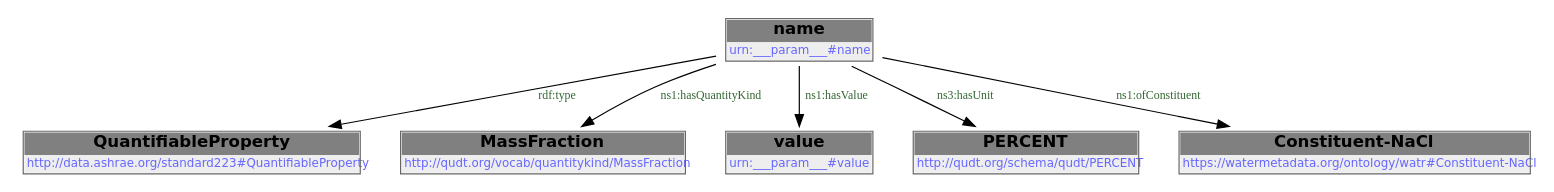
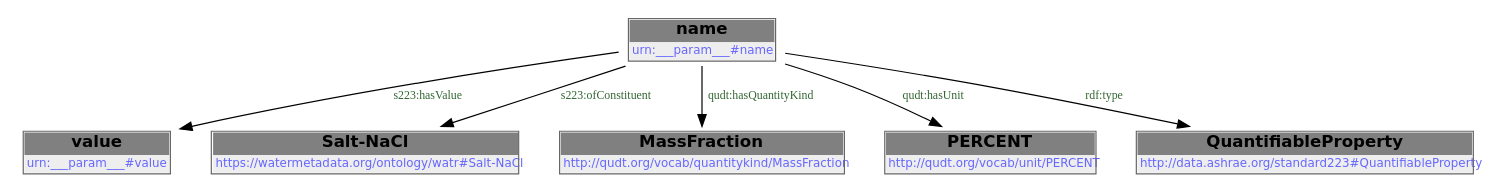
Before and after one commit to DataDrivenCPS/water-ontology: the diagram in docs/libraries/templates/constituent-salt.rst, drawn with Graphviz. The commit also changed other lines of this file and 83 other files, not shown here.

```diff
--- a/docs/libraries/templates/constituent-salt.rst
+++ b/docs/libraries/templates/constituent-salt.rst
@@ -64,16 +60,22 @@
-        .. graphviz::
+.. graphviz::
 
-                digraph G {
-            node [fontname="DejaVu Sans"];
-            node0 -> node1 [color=BLACK, label=< <font point-size='10' color='#336633'>rdf:type</font> >];
-            node0 -> node2 [color=BLACK, label=< <font point-size='10' color='#336633'>ns1:hasQuantityKind</font> >];
-            node0 -> node3 [color=BLACK, label=< <font point-size='10' color='#336633'>ns1:hasValue</font> >];
-            node0 -> node4 [color=BLACK, label=< <font point-size='10' color='#336633'>ns3:hasUnit</font> >];
-            node0 -> node5 [color=BLACK, label=< <font point-size='10' color='#336633'>ns1:ofConstituent</font> >];
-            node0 [shape=none, color=black, label=< <table color='#666666' cellborder='0' cellspacing='0' border='1'><tr><td colspan='2' bgcolor='grey'><B>name</B></td></tr><tr><td href='urn:___param___#name' bgcolor='#eeeeee' colspan='2'><font point-size='10' color='#6666ff'>urn:___param___#name</font></td></tr></table> >];
-            node1 [shape=none, color=black, label=< <table color='#666666' cellborder='0' cellspacing='0' border='1'><tr><td colspan='2' bgcolor='grey'><B>QuantifiableProperty</B></td></tr><tr><td href='http://data.ashrae.org/standard223#QuantifiableProperty' bgcolor='#eeeeee' colspan='2'><font point-size='10' color='#6666ff'>http://data.ashrae.org/standard223#QuantifiableProperty</font></td></tr></table> >];
-            node2 [shape=none, color=black, label=< <table color='#666666' cellborder='0' cellspacing='0' border='1'><tr><td colspan='2' bgcolor='grey'><B>MassFraction</B></td></tr><tr><td href='http://qudt.org/vocab/quantitykind/MassFraction' bgcolor='#eeeeee' colspan='2'><font point-size='10' color='#6666ff'>http://qudt.org/vocab/quantitykind/MassFraction</font></td></tr></table> >];
-            node3 [shape=none, color=black, label=< <table color='#666666' cellborder='0' cellspacing='0' border='1'><tr><td colspan='2' bgcolor='grey'><B>value</B></td></tr><tr><td href='urn:___param___#value' bgcolor='#eeeeee' colspan='2'><font point-size='10' color='#6666ff'>urn:___param___#value</font></td></tr></table> >];
-            node4 [shape=none, color=black, label=< <table color='#666666' cellborder='0' cellspacing='0' border='1'><tr><td colspan='2' bgcolor='grey'><B>PERCENT</B></td></tr><tr><td href='http://qudt.org/schema/qudt/PERCENT' bgcolor='#eeeeee' colspan='2'><font point-size='10' color='#6666ff'>http://qudt.org/schema/qudt/PERCENT</font></td></tr></table> >];
-            node5 [shape=none, color=black, label=< <table color='#666666' cellborder='0' cellspacing='0' border='1'><tr><td colspan='2' bgcolor='grey'><B>Constituent-NaCl</B></td></tr><tr><td href='https://watermetadata.org/ontology/watr#Constituent-NaCl' bgcolor='#eeeeee' colspan='2'><font point-size='10' color='#6666ff'>https://watermetadata.org/ontology/watr#Constituent-NaCl</font></td></tr></table> >];
-            }
+    digraph {
+     node [ fontname="DejaVu Sans" ] ;
+        node0 -> node1 [ color=BLACK, label=< <font point-size='10' color='#336633'>s223:hasValue</font> > ] ;
+        node0 -> node2 [ color=BLACK, label=< <font point-size='10' color='#336633'>s223:ofConstituent</font> > ] ;
+        node0 -> node3 [ color=BLACK, label=< <font point-size='10' color='#336633'>qudt:hasQuantityKind</font> > ] ;
+        node0 -> node4 [ color=BLACK, label=< <font point-size='10' color='#336633'>qudt:hasUnit</font> > ] ;
+        node0 -> node5 [ color=BLACK, label=< <font point-size='10' color='#336633'>rdf:type</font> > ] ;
+    # urn:___param___#name node0
+    node0 [ shape=none, color=black label=< <table color='#666666' cellborder='0' cellspacing='0' border='1'><tr><td colspan='2' bgcolor='grey'><B>name</B></td></tr><tr><td href='urn:___param___#name' bgcolor='#eeeeee' colspan='2'><font point-size='10' color='#6666ff'>urn:___param___#name</font></td></tr></table> > ]
+    # urn:___param___#value node1
+    node1 [ shape=none, color=black label=< <table color='#666666' cellborder='0' cellspacing='0' border='1'><tr><td colspan='2' bgcolor='grey'><B>value</B></td></tr><tr><td href='urn:___param___#value' bgcolor='#eeeeee' colspan='2'><font point-size='10' color='#6666ff'>urn:___param___#value</font></td></tr></table> > ]
+    # https://watermetadata.org/ontology/watr#Salt-NaCl node2
+    node2 [ shape=none, color=black label=< <table color='#666666' cellborder='0' cellspacing='0' border='1'><tr><td colspan='2' bgcolor='grey'><B>Salt-NaCl</B></td></tr><tr><td href='https://watermetadata.org/ontology/watr#Salt-NaCl' bgcolor='#eeeeee' colspan='2'><font point-size='10' color='#6666ff'>https://watermetadata.org/ontology/watr#Salt-NaCl</font></td></tr></table> > ]
+    # http://qudt.org/vocab/quantitykind/MassFraction node3
+    node3 [ shape=none, color=black label=< <table color='#666666' cellborder='0' cellspacing='0' border='1'><tr><td colspan='2' bgcolor='grey'><B>MassFraction</B></td></tr><tr><td href='http://qudt.org/vocab/quantitykind/MassFraction' bgcolor='#eeeeee' colspan='2'><font point-size='10' color='#6666ff'>http://qudt.org/vocab/quantitykind/MassFraction</font></td></tr></table> > ]
+    # http://qudt.org/vocab/unit/PERCENT node4
+    node4 [ shape=none, color=black label=< <table color='#666666' cellborder='0' cellspacing='0' border='1'><tr><td colspan='2' bgcolor='grey'><B>PERCENT</B></td></tr><tr><td href='http://qudt.org/vocab/unit/PERCENT' bgcolor='#eeeeee' colspan='2'><font point-size='10' color='#6666ff'>http://qudt.org/vocab/unit/PERCENT</font></td></tr></table> > ]
+    # http://data.ashrae.org/standard223#QuantifiableProperty node5
+    node5 [ shape=none, color=black label=< <table color='#666666' cellborder='0' cellspacing='0' border='1'><tr><td colspan='2' bgcolor='grey'><B>QuantifiableProperty</B></td></tr><tr><td href='http://data.ashrae.org/standard223#QuantifiableProperty' bgcolor='#eeeeee' colspan='2'><font point-size='10' color='#6666ff'>http://data.ashrae.org/standard223#QuantifiableProperty</font></td></tr></table> > ]
+    }
```
